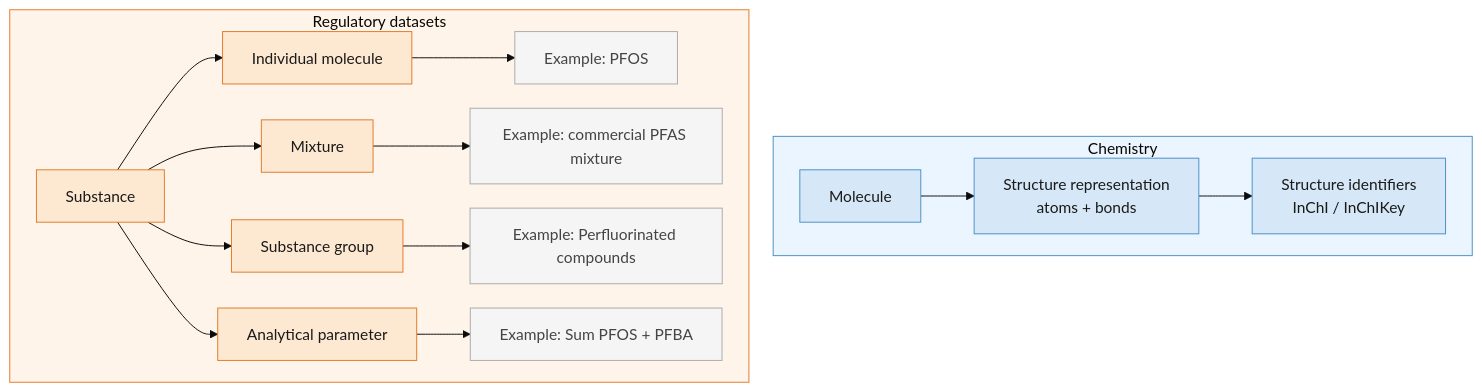
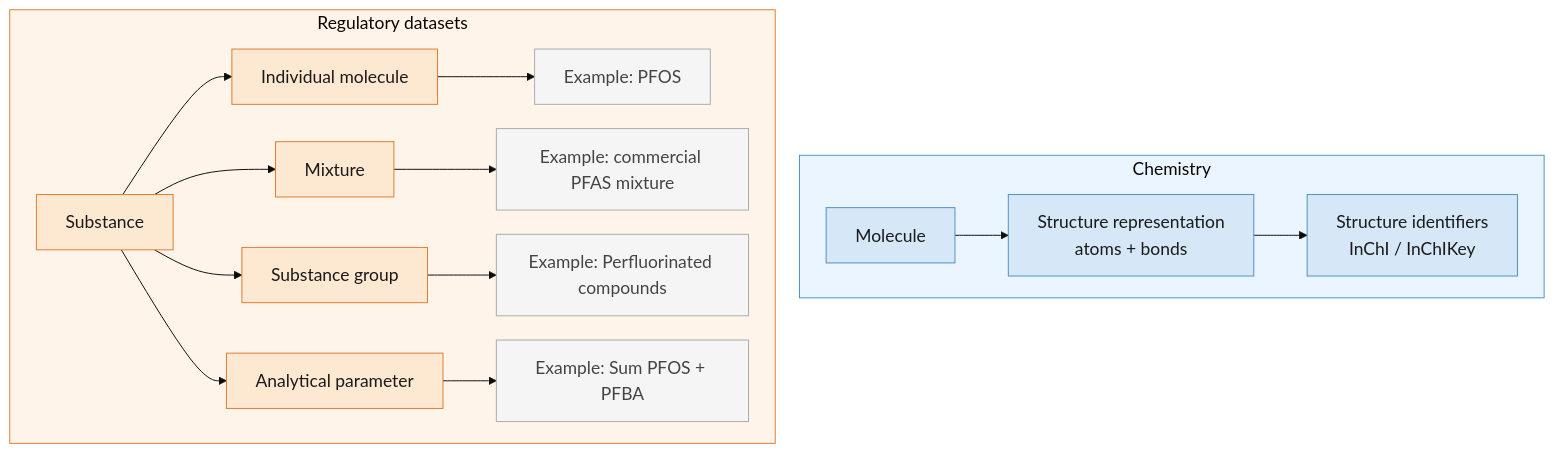
One commit to gezever/A-Substance-Is-Not-Always-a-Substance changed the diagram in paper/images/sources/mismatch.mmd. Above: the diagram before and after it, drawn with Mermaid. The commit also changed 24 other files, not shown here.

```diff
--- a/paper/images/sources/mismatch.mmd
+++ b/paper/images/sources/mismatch.mmd
@@ -1,36 +1,36 @@
-%%{init: {"theme": "base", "themeVariables": {"clusterBkg": "#FAFAFA"}, "flowchart": {"nodeSpacing": 25, "rankSpacing": 30}}}%%
+%%{init: {"theme": "base", "themeVariables": {"clusterBkg": "#FAFAFA", "fontSize": "18px"}, "flowchart": {"nodeSpacing": 25, "rankSpacing": 30, "subGraphTitleMargin": {"top": 0, "bottom": 18}}}}%%
 flowchart TB
 
     subgraph chem["Chemistry"]
         A[Molecule]
         B[Structure representation<br/>atoms + bonds]
         C[Structure identifiers<br/>InChI / InChIKey]
 
         A --> B
         B --> C
     end
 
     subgraph reg["Regulatory datasets"]
         D["Substance"]
 
         D --> E[Individual molecule]
         D --> F[Mixture]
         D --> G[Substance group]
         D --> H[Analytical parameter]
 
         E --> E1[Example: PFOS]
         F --> F1[Example: commercial PFAS mixture]
         G --> G1[Example: Perfluorinated compounds]
         H --> H1[Example: Sum PFOS + PFBA]
     end
 
     classDef chemNode fill:#D6E8F7,stroke:#4A90C4,color:#1a1a1a
     classDef regNode fill:#FDE8D1,stroke:#E07B2A,color:#1a1a1a
     classDef exampleNode fill:#F5F5F5,stroke:#AAAAAA,color:#444444
 
     class A,B,C chemNode
     class D,E,F,G,H regNode
     class E1,F1,G1,H1 exampleNode
 
     style chem fill:#EBF5FF,stroke:#4A90C4
     style reg fill:#FFF4EA,stroke:#E07B2A
```
